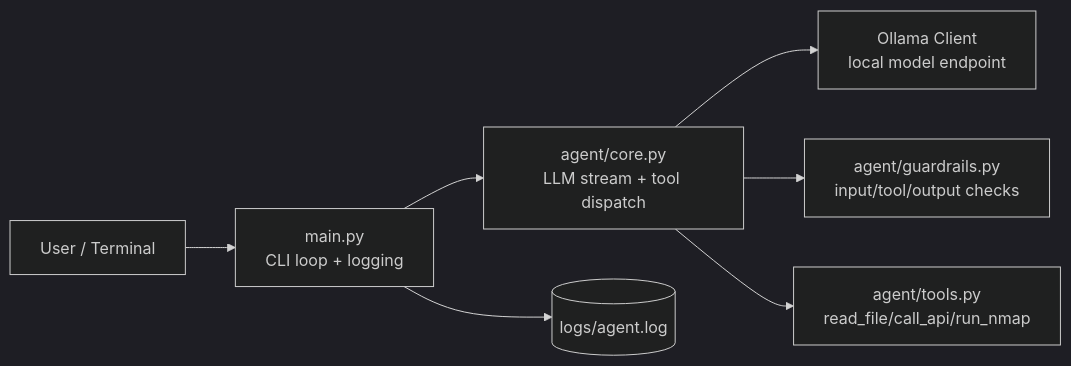
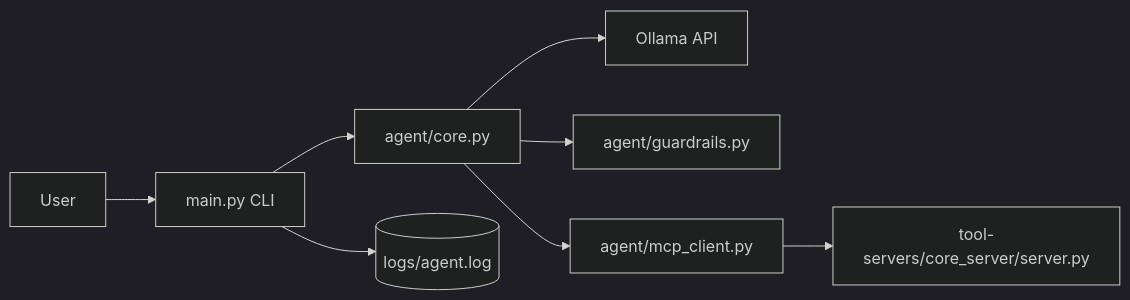
One commit to soorajrs409/e-agent changed the diagram in README.md. Above: the diagram before and after it, drawn with Mermaid (dark theme). The commit also changed other lines of this file and 8 other files, not shown here.

````diff
--- a/README.md
+++ b/README.md
@@ -53,9 +16,10 @@
 ```mermaid
 flowchart LR
-    U[User / Terminal] --> M[main.py\nCLI loop + logging]
-    M --> C[agent/core.py\nLLM stream + tool dispatch]
-    C --> O[Ollama Client\nlocal model endpoint]
-    C --> G[agent/guardrails.py\ninput/tool/output checks]
-    C --> T[agent/tools.py\nread_file/call_api/run_nmap]
-    M --> L[(logs/agent.log)]
+    U[User] --> CLI[main.py CLI]
+    CLI --> CORE[agent/core.py]
+    CORE --> OLLAMA[Ollama API]
+    CORE --> GUARD[agent/guardrails.py]
+    CORE --> MCP[agent/mcp_client.py]
+    MCP --> TS[tool-servers/core_server/server.py]
+    CLI --> LOG[(logs/agent.log)]
 ```
````
